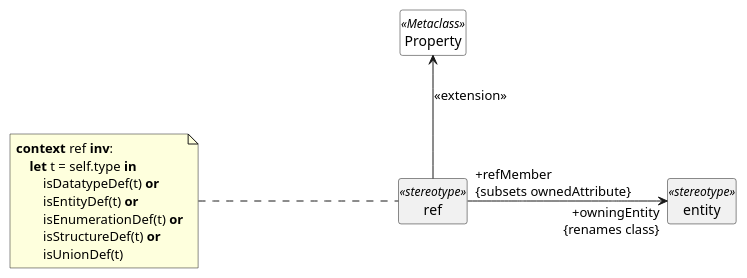
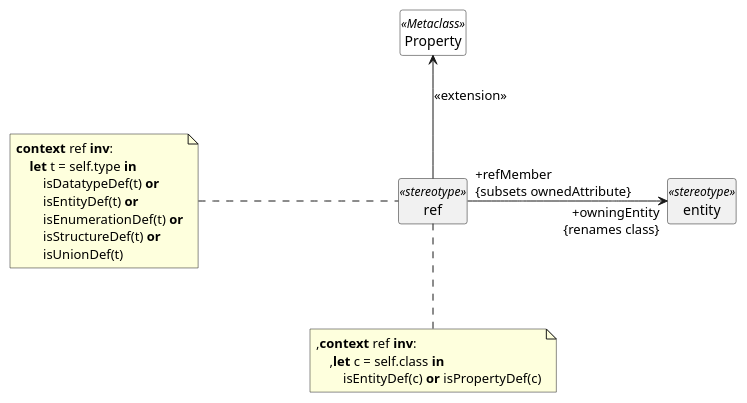
Diagram 12 of 21 in docs/uml-profile.org (sdm-lang/tree-sitter-sdml), drawn with PlantUML before and after one commit. The commit also changed other lines of this file and 29 other files, not shown here.

```diff
--- a/docs/uml-profile.org
+++ b/docs/uml-profile.org
@@ -426,26 +433,32 @@
 #+BEGIN_SRC plantuml :file uml-profile-ref-members.svg
 skinparam backgroundColor transparent
 skinparam style strictuml
 skinparam linetype polyline
 skinparam nodesep 200
 
 hide circle
 hide members
 
 class entity <<stereotype>> {}
 class Property <<Metaclass>> #white {}
 
 class ref <<stereotype>> {}
 ref -up-> Property: <<extension>>
 ref "+refMember\l{subsets ownedAttribute}" --right--> "+owningEntity\r{renames class}" entity
 
 note left of ref
 **context** ref **inv**:
     **let** t = self.type **in**
         isDatatypeDef(t) **or**
         isEntityDef(t) **or**
         isEnumerationDef(t) **or**
         isStructureDef(t) **or**
         isUnionDef(t)
 end note
+
+note bottom of ref
+,**context** ref **inv**:
+    ,**let** c = self.class **in**
+        isEntityDef(c) **or** isPropertyDef(c)
+end note
 #+END_SRC
```
